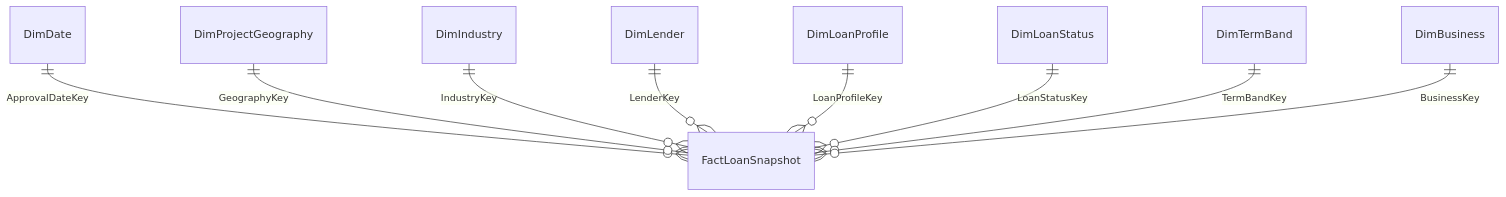
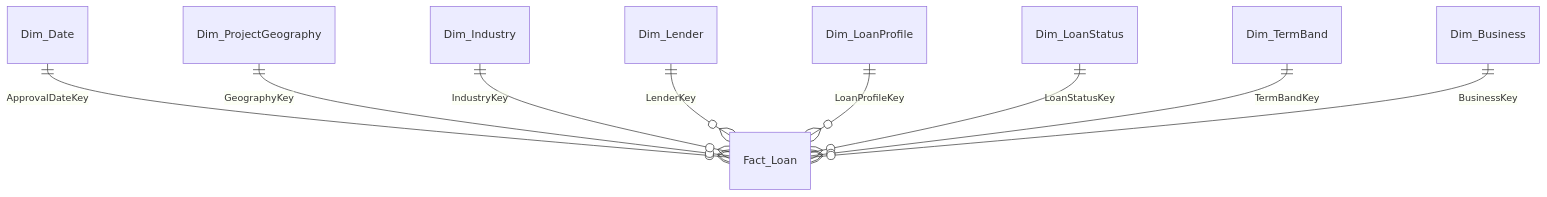
Before and after one commit to Paulhoang8326/sba-7a-dwh-olap: the diagram in docs/dimensional_model/candidate_schema.md, drawn with Mermaid. The commit also changed other lines of this file and 25 other files, not shown here.

````diff
--- a/docs/dimensional_model/candidate_schema.md
+++ b/docs/dimensional_model/candidate_schema.md
@@ -35,11 +159,11 @@
 ```mermaid
 erDiagram
-    DimDate ||--o{ FactLoanSnapshot : ApprovalDateKey
-    DimProjectGeography ||--o{ FactLoanSnapshot : GeographyKey
-    DimIndustry ||--o{ FactLoanSnapshot : IndustryKey
-    DimLender ||--o{ FactLoanSnapshot : LenderKey
-    DimLoanProfile ||--o{ FactLoanSnapshot : LoanProfileKey
-    DimLoanStatus ||--o{ FactLoanSnapshot : LoanStatusKey
-    DimTermBand ||--o{ FactLoanSnapshot : TermBandKey
-    DimBusiness ||--o{ FactLoanSnapshot : BusinessKey
+    Dim_Date ||--o{ Fact_Loan : ApprovalDateKey
+    Dim_ProjectGeography ||--o{ Fact_Loan : GeographyKey
+    Dim_Industry ||--o{ Fact_Loan : IndustryKey
+    Dim_Lender ||--o{ Fact_Loan : LenderKey
+    Dim_LoanProfile ||--o{ Fact_Loan : LoanProfileKey
+    Dim_LoanStatus ||--o{ Fact_Loan : LoanStatusKey
+    Dim_TermBand ||--o{ Fact_Loan : TermBandKey
+    Dim_Business ||--o{ Fact_Loan : BusinessKey
 ```
````
